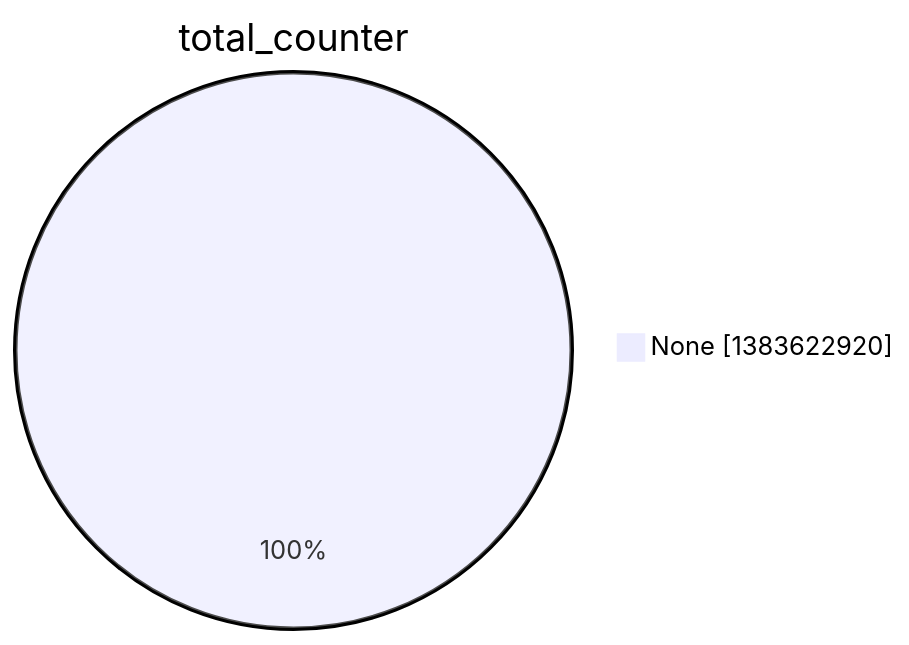
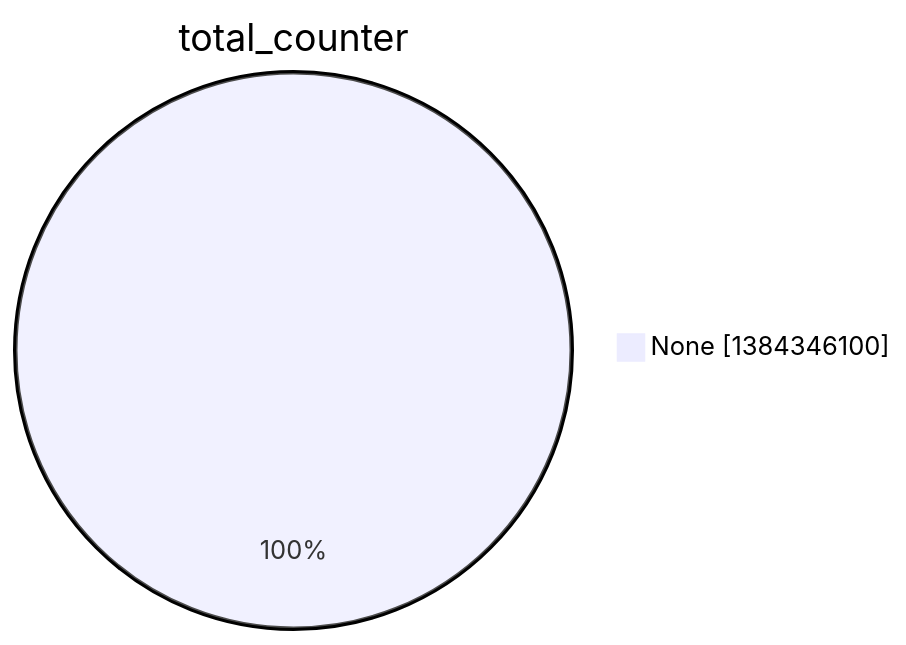
Before and after one commit to christiankrug/ctmonitor_visualization: the second of 15 diagrams in argon2022/README.md, drawn with Mermaid. The commit also changed other lines of this file, not shown here.

````diff
--- a/argon2022/README.md
+++ b/argon2022/README.md
@@ -9,5 +9,5 @@
 ```mermaid
 pie showData
 title total_counter
-"None" :1383622920
+"None" :1384346100
 ```
````
